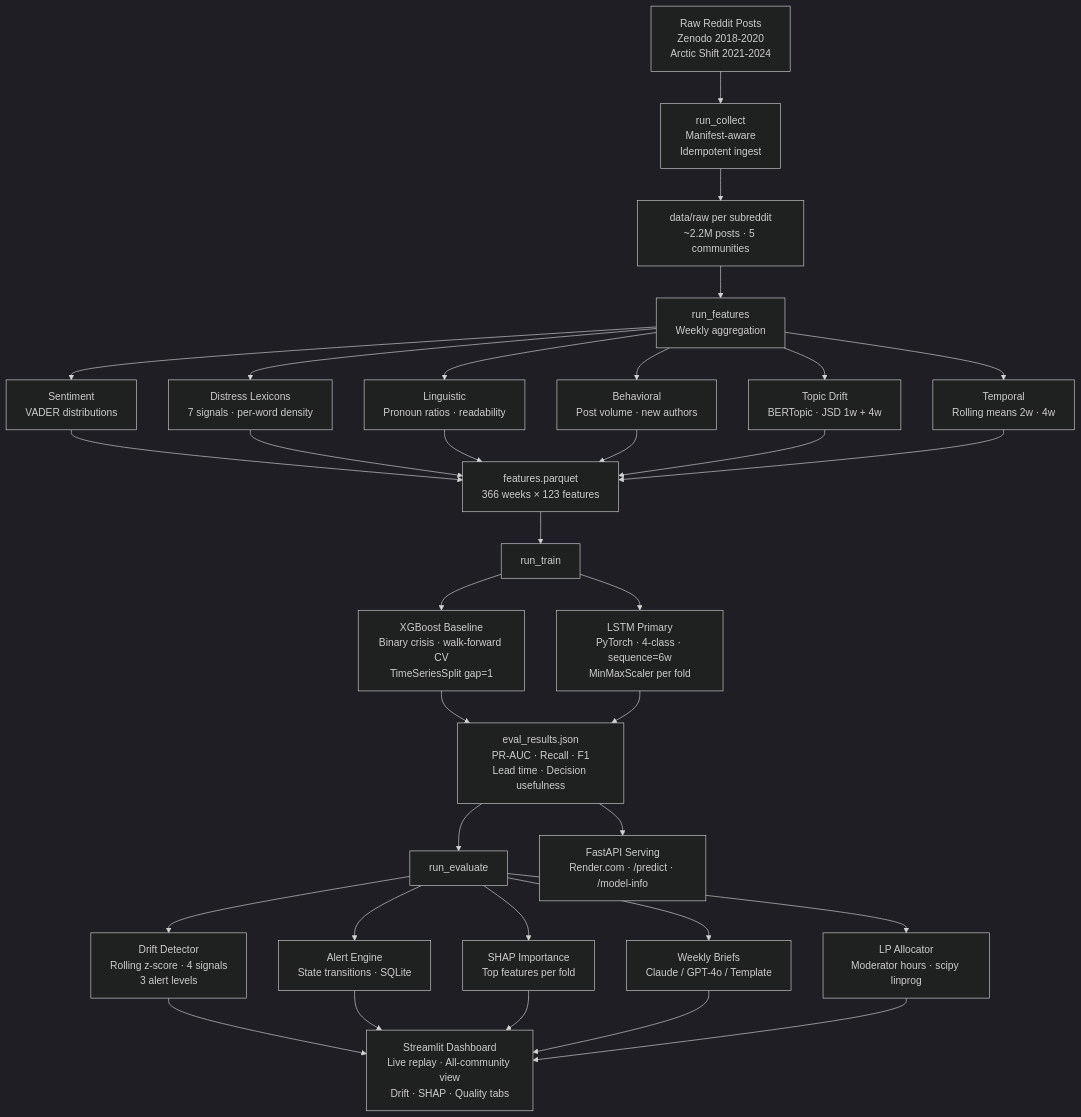
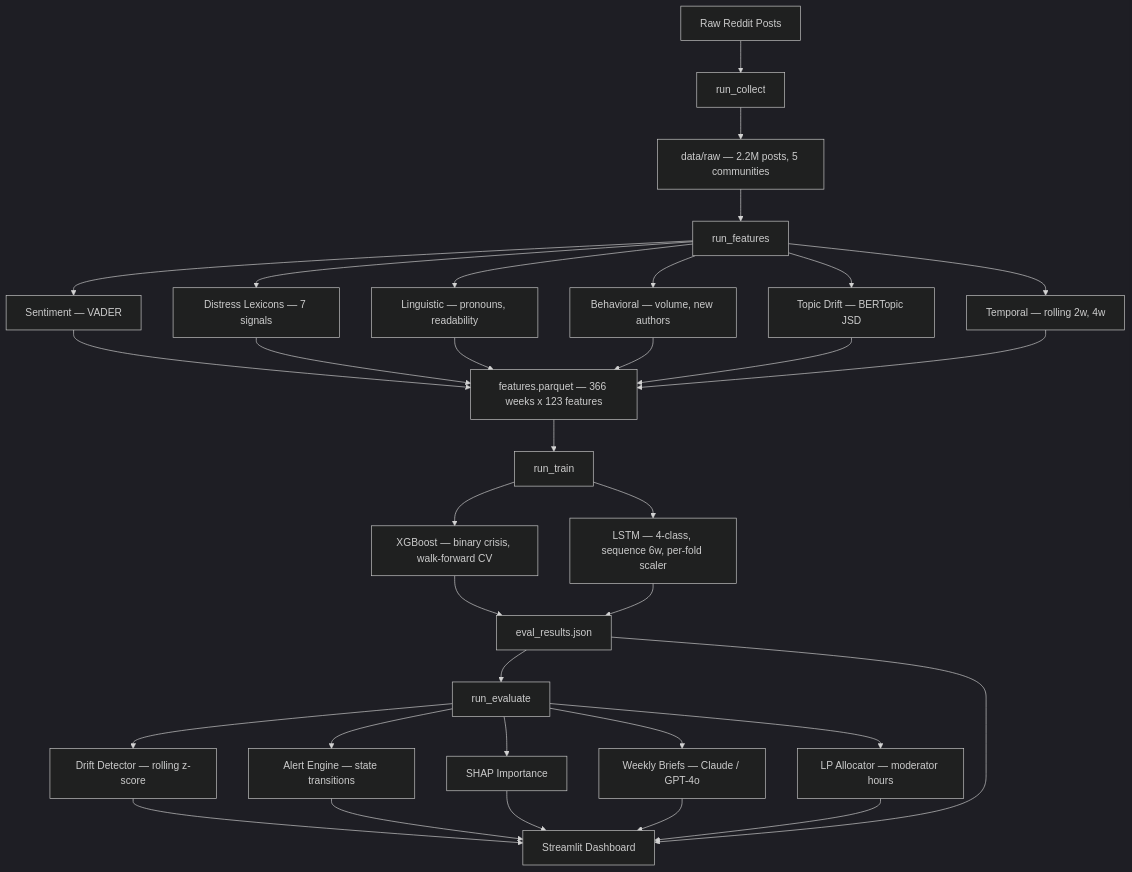
The diagram in README.md (jainaryan/community-crisis-predictor), drawn with Mermaid (dark theme) before and after one commit. The commit also changed other lines of this file, not shown here.

Commit message:
fix Mermaid diagram syntax and update dashboard link

````diff
--- a/README.md
+++ b/README.md
@@ -47,31 +47,41 @@
 ```mermaid
 flowchart TD
-    A[Raw Reddit Posts\nZenodo 2018-2020\nArctic Shift 2021-2024] --> B[run_collect\nManifest-aware\nIdempotent ingest]
-    B --> C[data/raw per subreddit\n~2.2M posts · 5 communities]
-    C --> D[run_features\nWeekly aggregation]
+    A[Raw Reddit Posts] --> B[run_collect]
+    B --> C[data/raw — 2.2M posts, 5 communities]
+    C --> D[run_features]
 
-    D --> E1[Sentiment\nVADER distributions]
-    D --> E2[Distress Lexicons\n7 signals · per-word density]
-    D --> E3[Linguistic\nPronoun ratios · readability]
-    D --> E4[Behavioral\nPost volume · new authors]
-    D --> E5[Topic Drift\nBERTopic · JSD 1w + 4w]
-    D --> E6[Temporal\nRolling means 2w · 4w]
+    D --> E1[Sentiment — VADER]
+    D --> E2[Distress Lexicons — 7 signals]
+    D --> E3[Linguistic — pronouns, readability]
+    D --> E4[Behavioral — volume, new authors]
+    D --> E5[Topic Drift — BERTopic JSD]
+    D --> E6[Temporal — rolling 2w, 4w]
 
-    E1 & E2 & E3 & E4 & E5 & E6 --> F[features.parquet\n366 weeks × 123 features]
+    E1 --> F[features.parquet — 366 weeks x 123 features]
+    E2 --> F
+    E3 --> F
+    E4 --> F
+    E5 --> F
+    E6 --> F
 
     F --> G[run_train]
-    G --> G1[XGBoost Baseline\nBinary crisis · walk-forward CV\nTimeSeriesSplit gap=1]
-    G --> G2[LSTM Primary\nPyTorch · 4-class · sequence=6w\nMinMaxScaler per fold]
+    G --> G1[XGBoost — binary crisis, walk-forward CV]
+    G --> G2[LSTM — 4-class, sequence 6w, per-fold scaler]
 
-    G1 & G2 --> H[eval_results.json\nPR-AUC · Recall · F1\nLead time · Decision usefulness]
+    G1 --> H[eval_results.json]
+    G2 --> H
 
     H --> I[run_evaluate]
-    I --> I1[Drift Detector\nRolling z-score · 4 signals\n3 alert levels]
-    I --> I2[Alert Engine\nState transitions · SQLite]
-    I --> I3[SHAP Importance\nTop features per fold]
-    I --> I4[Weekly Briefs\nClaude / GPT-4o / Template]
-    I --> I5[LP Allocator\nModerator hours · scipy linprog]
+    I --> I1[Drift Detector — rolling z-score]
+    I --> I2[Alert Engine — state transitions]
+    I --> I3[SHAP Importance]
+    I --> I4[Weekly Briefs — Claude / GPT-4o]
+    I --> I5[LP Allocator — moderator hours]
 
-    I1 & I2 & I3 & I4 & I5 --> J[Streamlit Dashboard\nLive replay · All-community view\nDrift · SHAP · Quality tabs]
-    H --> K[FastAPI Serving\nRender.com · /predict · /model-info]
+    I1 --> J[Streamlit Dashboard]
+    I2 --> J
+    I3 --> J
+    I4 --> J
+    I5 --> J
+    H --> J
 ```
````
